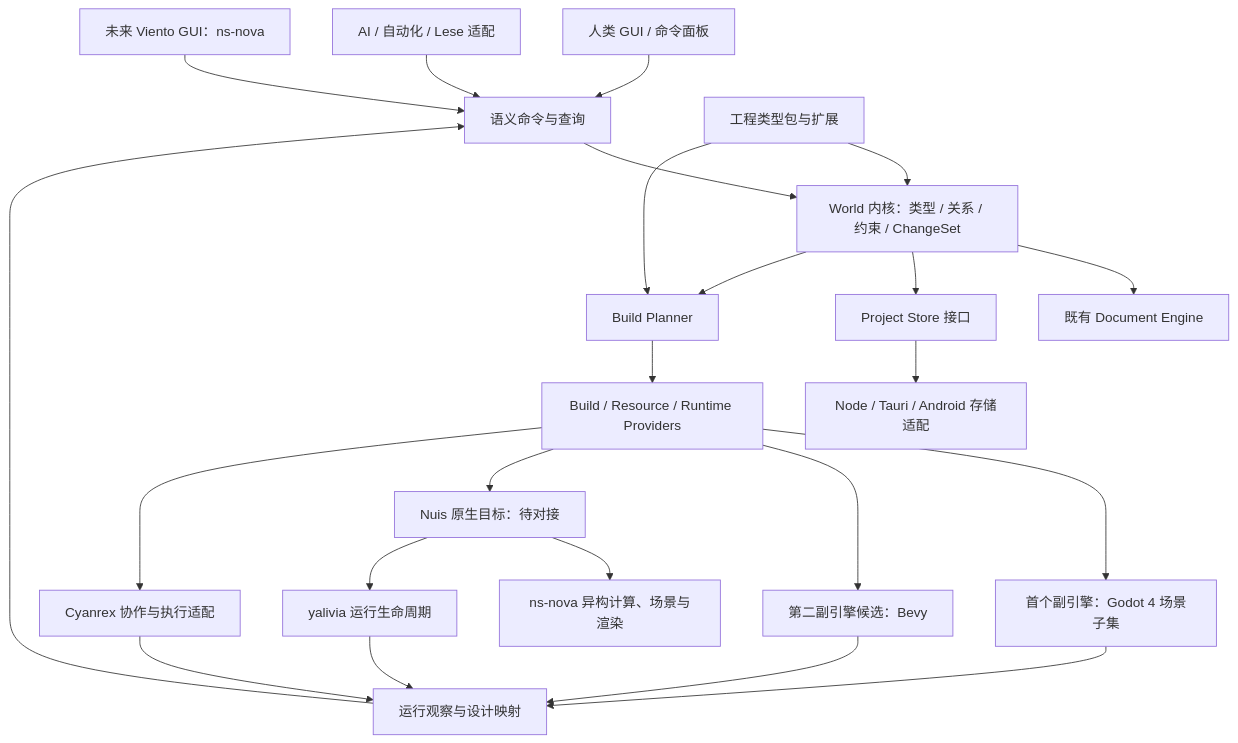
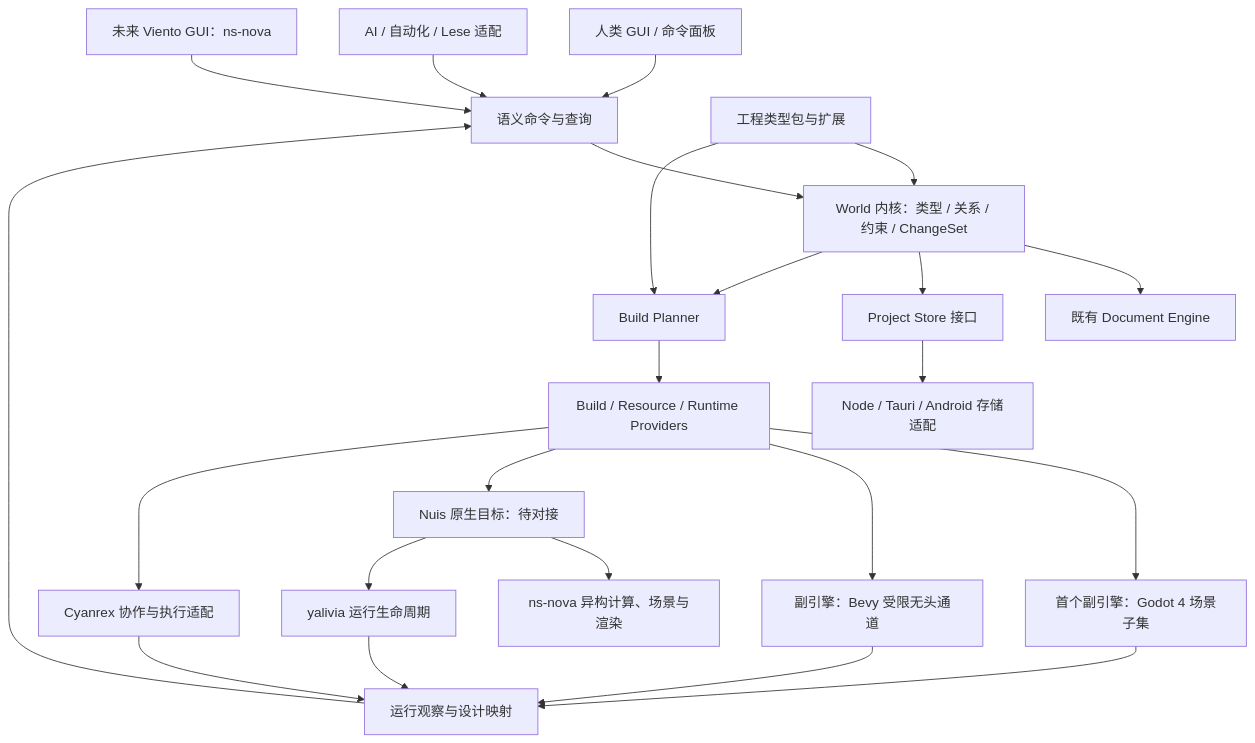
The diagram in docs/NEXT_ARCHITECTURE.zh-CN.md (Team-silvortex/viento-studio), drawn with Mermaid before and after one commit. The commit also changed other lines of this file and 1360 other files, not shown here.

````diff
--- a/docs/NEXT_ARCHITECTURE.zh-CN.md
+++ b/docs/NEXT_ARCHITECTURE.zh-CN.md
@@ -150,25 +152,25 @@
 ```mermaid
 flowchart TB
     Human[人类 GUI / 命令面板] --> Commands[语义命令与查询]
     AI[AI / 自动化 / Lese 适配] --> Commands
     Nova[未来 Viento GUI：ns-nova] --> Commands
     Commands --> Domain[World 内核：类型 / 关系 / 约束 / ChangeSet]
     Domain --> Docs[既有 Document Engine]
     Domain --> Store[Project Store 接口]
     Domain --> Build[Build Planner]
     Packages[工程类型包与扩展] --> Domain
     Packages --> Build
     Build --> Providers[Build / Resource / Runtime Providers]
     Providers --> Local[首个副引擎：Godot 4 场景子集]
-    Providers --> Secondary[第二副引擎候选：Bevy]
+    Providers --> Secondary[副引擎：Bevy 受限无头通道]
     Providers --> Native[Nuis 原生目标：待对接]
     Native --> NovaScene[ns-nova 异构计算、场景与渲染]
     Native --> Yalivia[yalivia 运行生命周期]
     Providers --> Cyanrex[Cyanrex 协作与执行适配]
     Store --> Hosts[Node / Tauri / Android 存储适配]
     Local --> Observe[运行观察与设计映射]
     Secondary --> Observe
     Yalivia --> Observe
     Cyanrex --> Observe
     Observe --> Commands
 ```
````
